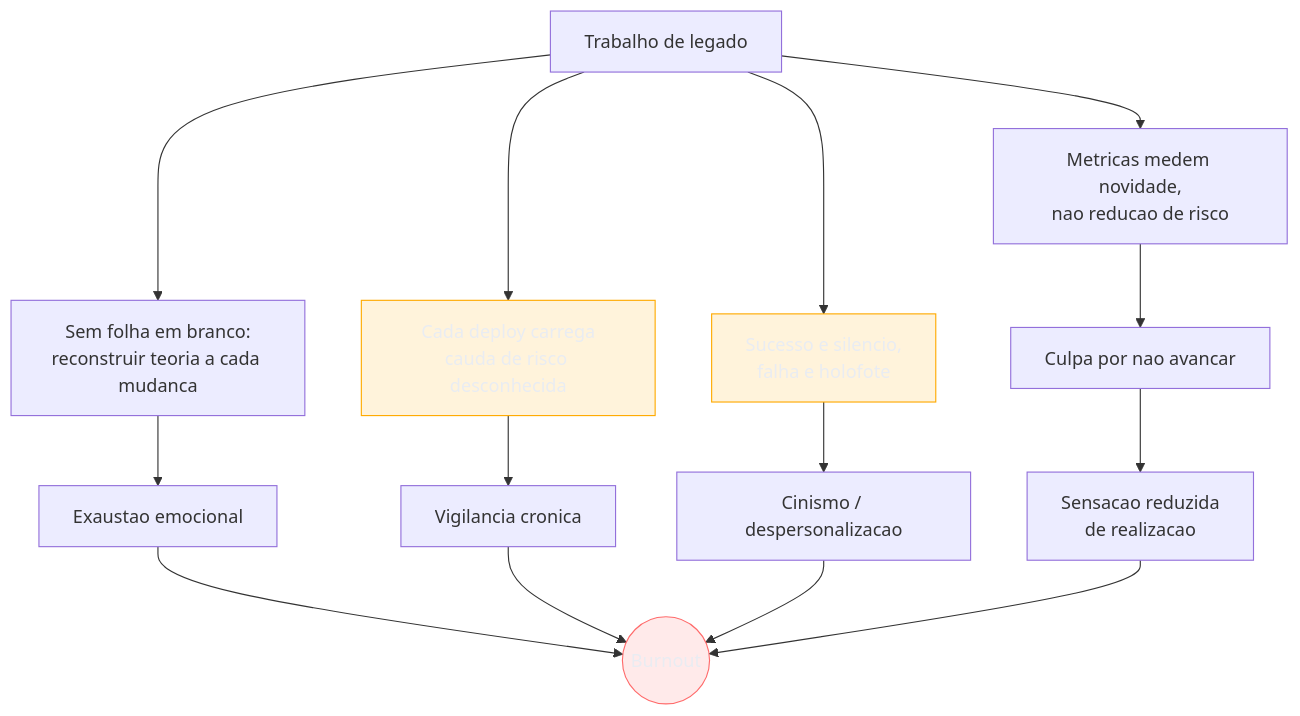
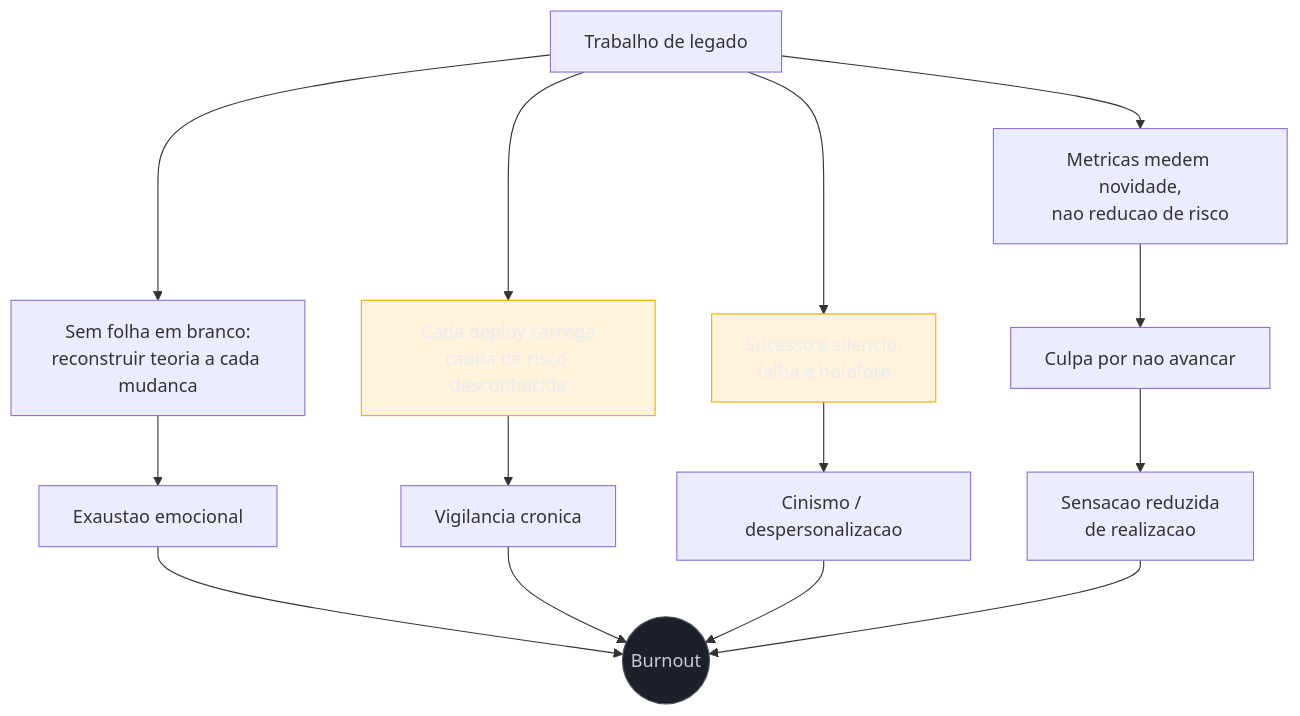
One commit to josenaldo/codex-technomanticus changed the first of 2 diagrams in 03-Dominios/Engenharia/Arqueologia e Restauração de Software/25 - Sustentabilidade humana.md. Above: the diagram before and after it, drawn with Mermaid. The commit also changed other lines of this file and 601 other files, not shown here.

````diff
--- a/03-Dominios/Engenharia/Arqueologia e Restauração de Software/25 - Sustentabilidade humana.md
+++ b/03-Dominios/Engenharia/Arqueologia e Restauração de Software/25 - Sustentabilidade humana.md
@@ -42,21 +42,21 @@
 ```mermaid
 graph TD
+    classDef neutro fill:#1B2029,stroke:#4E5666,color:#C6CCD8
     classDef destaque fill:#FFAA0024,stroke:#FFAA00,color:#E9ECF2
-    classDef falha fill:#FF6B6B24,stroke:#FF6B6B,color:#E9ECF2
     A[Trabalho de legado] --> B[Sem folha em branco:<br/>reconstruir teoria a cada mudanca]
     A --> C[Metricas medem novidade,<br/>nao reducao de risco]
     A --> D[Cada deploy carrega<br/>cauda de risco desconhecida]
     A --> E[Sucesso e silencio,<br/>falha e holofote]
     B --> F[Exaustao emocional]
     C --> G[Culpa por nao avancar]
     D --> H[Vigilancia cronica]
     E --> I[Cinismo / despersonalizacao]
     G --> J[Sensacao reduzida<br/>de realizacao]
     F --> K((Burnout))
     H --> K
     I --> K
     J --> K
     class D destaque
     class E destaque
-    class K falha
+    class K neutro
 ```
````
